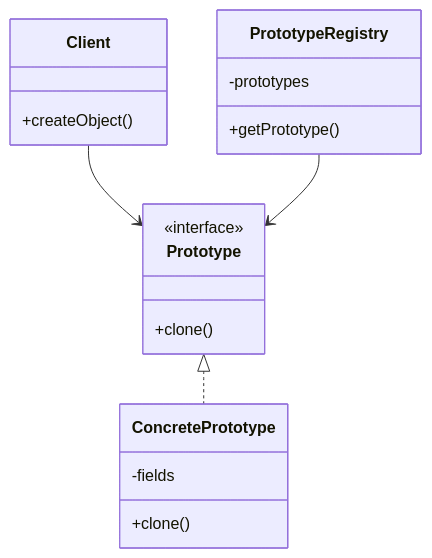
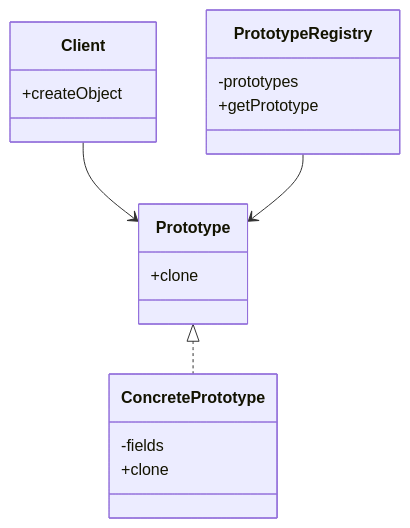
Before and after one commit to gojosatoru123-ux/CacheU: the second of 7 diagrams in src/content/lld-prototype-design-pattern.md, drawn with Mermaid. The commit also changed other lines of this file and 21 other files, not shown here.

````diff
--- a/src/content/lld-prototype-design-pattern.md
+++ b/src/content/lld-prototype-design-pattern.md
@@ -151,25 +151,25 @@
 ```mermaid
 classDiagram
+
     class Prototype {
-        <<interface>>
-        +clone()
+        +clone
     }
 
     class ConcretePrototype {
         -fields
-        +clone()
+        +clone
     }
 
     class Client {
-        +createObject()
+        +createObject
     }
 
     class PrototypeRegistry {
         -prototypes
-        +getPrototype()
+        +getPrototype
     }
 
     Prototype <|.. ConcretePrototype
     Client --> Prototype
     PrototypeRegistry --> Prototype
 ```
````
